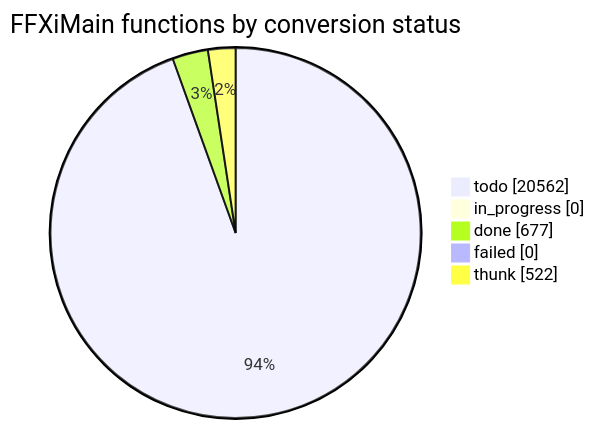
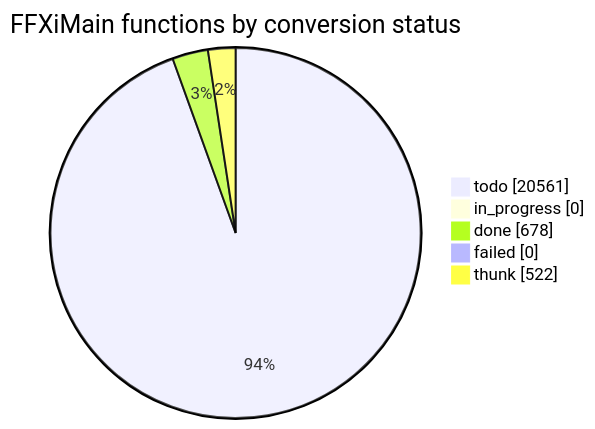
One commit to cowrevenge/cow_kuluu_xi_anything changed the diagram in docs/cow/STATUS.md. Above: the diagram before and after it, drawn with Mermaid. The commit also changed other lines of this file and 9 other files, not shown here.

````diff
--- a/docs/cow/STATUS.md
+++ b/docs/cow/STATUS.md
@@ -18,9 +18,9 @@
 ```mermaid
 pie showData
     title FFXiMain functions by conversion status
-    "todo" : 20562
+    "todo" : 20561
     "in_progress" : 0
-    "done" : 677
+    "done" : 678
     "failed" : 0
     "thunk" : 522
 ```
````
